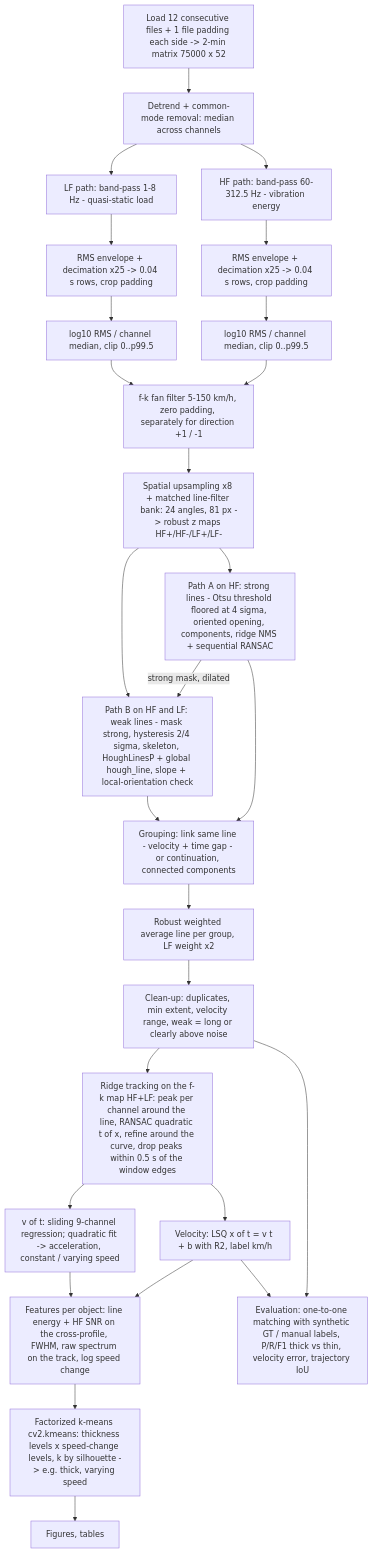
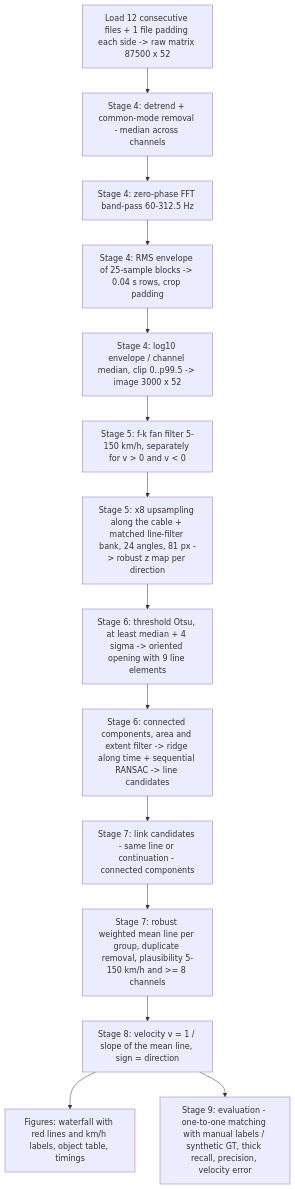
Before and after one commit to KubaBan84/Object_detection_from_DAS: the diagram in docs/flowchart.md, drawn with Mermaid. The commit also changed 102 other files, not shown here.

````diff
--- a/docs/flowchart.md
+++ b/docs/flowchart.md
@@ -7,29 +7,16 @@
 ```mermaid
 flowchart TD
-    A[Load 12 consecutive files + 1 file padding each side -> 2-min matrix 75000 x 52] --> B[Detrend + common-mode removal: median across channels]
-    B --> HF1[HF path: band-pass 60-312.5 Hz - vibration energy]
-    B --> LF1[LF path: band-pass 1-8 Hz - quasi-static load]
-    HF1 --> HF2[RMS envelope + decimation x25 -> 0.04 s rows, crop padding]
-    LF1 --> LF2[RMS envelope + decimation x25 -> 0.04 s rows, crop padding]
-    HF2 --> HF3[log10 RMS / channel median, clip 0..p99.5]
-    LF2 --> LF3[log10 RMS / channel median, clip 0..p99.5]
-    HF3 --> F[f-k fan filter 5-150 km/h, zero padding, separately for direction +1 / -1]
-    LF3 --> F
-    F --> H[Spatial upsampling x8 + matched line-filter bank: 24 angles, 81 px -> robust z maps HF+/HF-/LF+/LF-]
-    H --> S[Path A on HF: strong lines - Otsu threshold floored at 4 sigma, oriented opening, components, ridge NMS + sequential RANSAC]
-    S -->|strong mask, dilated| W
-    H --> W[Path B on HF and LF: weak lines - mask strong, hysteresis 2/4 sigma, skeleton, HoughLinesP + global hough_line, slope + local-orientation check]
-    S --> M[Grouping: link same line - velocity + time gap - or continuation, connected components]
-    W --> M
-    M --> MA[Robust weighted average line per group, LF weight x2]
-    MA --> MD[Clean-up: duplicates, min extent, velocity range, weak = long or clearly above noise]
-    MD --> T[Ridge tracking on the f-k map HF+LF: peak per channel around the line, RANSAC quadratic t of x, refine around the curve, drop peaks within 0.5 s of the window edges]
-    T --> V[Velocity: LSQ x of t = v t + b with R2, label km/h]
-    T --> VT[v of t: sliding 9-channel regression; quadratic fit -> acceleration, constant / varying speed]
-    V --> FE[Features per object: line energy + HF SNR on the cross-profile, FWHM, raw spectrum on the track, log speed change]
-    VT --> FE
-    FE --> K[Factorized k-means cv2.kmeans: thickness levels x speed-change levels, k by silhouette -> e.g. thick, varying speed]
-    K --> R[Figures, tables]
-    MD --> EV[Evaluation: one-to-one matching with synthetic GT / manual labels, P/R/F1 thick vs thin, velocity error, trajectory IoU]
-    V --> EV
+    A[Load 12 consecutive files + 1 file padding each side -> raw matrix 87500 x 52] --> B[Stage 4: detrend + common-mode removal - median across channels]
+    B --> C[Stage 4: zero-phase FFT band-pass 60-312.5 Hz]
+    C --> D[Stage 4: RMS envelope of 25-sample blocks -> 0.04 s rows, crop padding]
+    D --> E[Stage 4: log10 envelope / channel median, clip 0..p99.5 -> image 3000 x 52]
+    E --> F[Stage 5: f-k fan filter 5-150 km/h, separately for v > 0 and v < 0]
+    F --> G[Stage 5: x8 upsampling along the cable + matched line-filter bank, 24 angles, 81 px -> robust z map per direction]
+    G --> H[Stage 6: threshold Otsu, at least median + 4 sigma -> oriented opening with 9 line elements]
+    H --> I[Stage 6: connected components, area and extent filter -> ridge along time + sequential RANSAC -> line candidates]
+    I --> J[Stage 7: link candidates - same line or continuation - connected components]
+    J --> K[Stage 7: robust weighted mean line per group, duplicate removal, plausibility 5-150 km/h and >= 8 channels]
+    K --> L[Stage 8: velocity v = 1 / slope of the mean line, sign = direction]
+    L --> M[Figures: waterfall with red lines and km/h labels, object table, timings]
+    L --> N[Stage 9: evaluation - one-to-one matching with manual labels / synthetic GT, thick recall, precision, velocity error]
 ```
````
